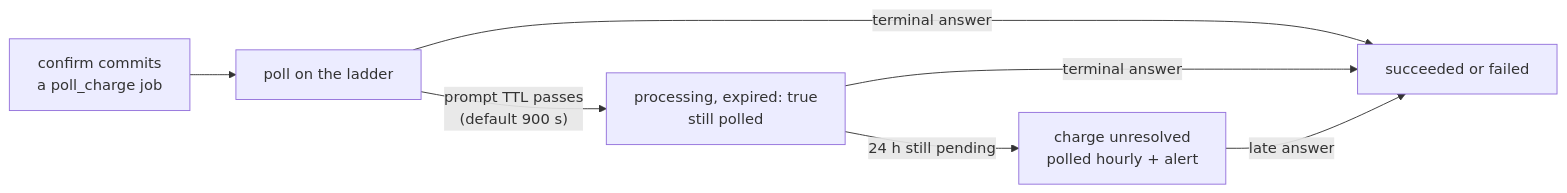
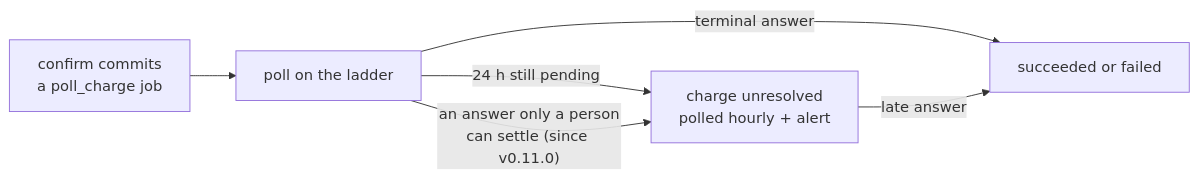
The third of 3 diagrams in docs/guide/concepts.md (vaam-apps/vpay-docs), drawn with Mermaid before and after one commit. The commit also changed other lines of this file and 24 other files, not shown here.

````diff
--- a/docs/guide/concepts.md
+++ b/docs/guide/concepts.md
@@ -209,9 +220,8 @@
 ```mermaid
 flowchart LR
     A["confirm commits<br/>a poll_charge job"] --> B["poll on the ladder"]
-    B -->|"prompt TTL passes<br/>(default 900 s)"| C["processing, expired: true<br/>still polled"]
     B -->|"terminal answer"| E["succeeded or failed"]
-    C -->|"24 h still pending"| D["charge unresolved<br/>polled hourly + alert"]
-    C -->|"terminal answer"| E
+    B -->|"24 h still pending"| D["charge unresolved<br/>polled hourly + alert"]
+    B -->|"an answer only a person<br/>can settle (since v0.11.0)"| D
     D -->|"late answer"| E
 ```
````
